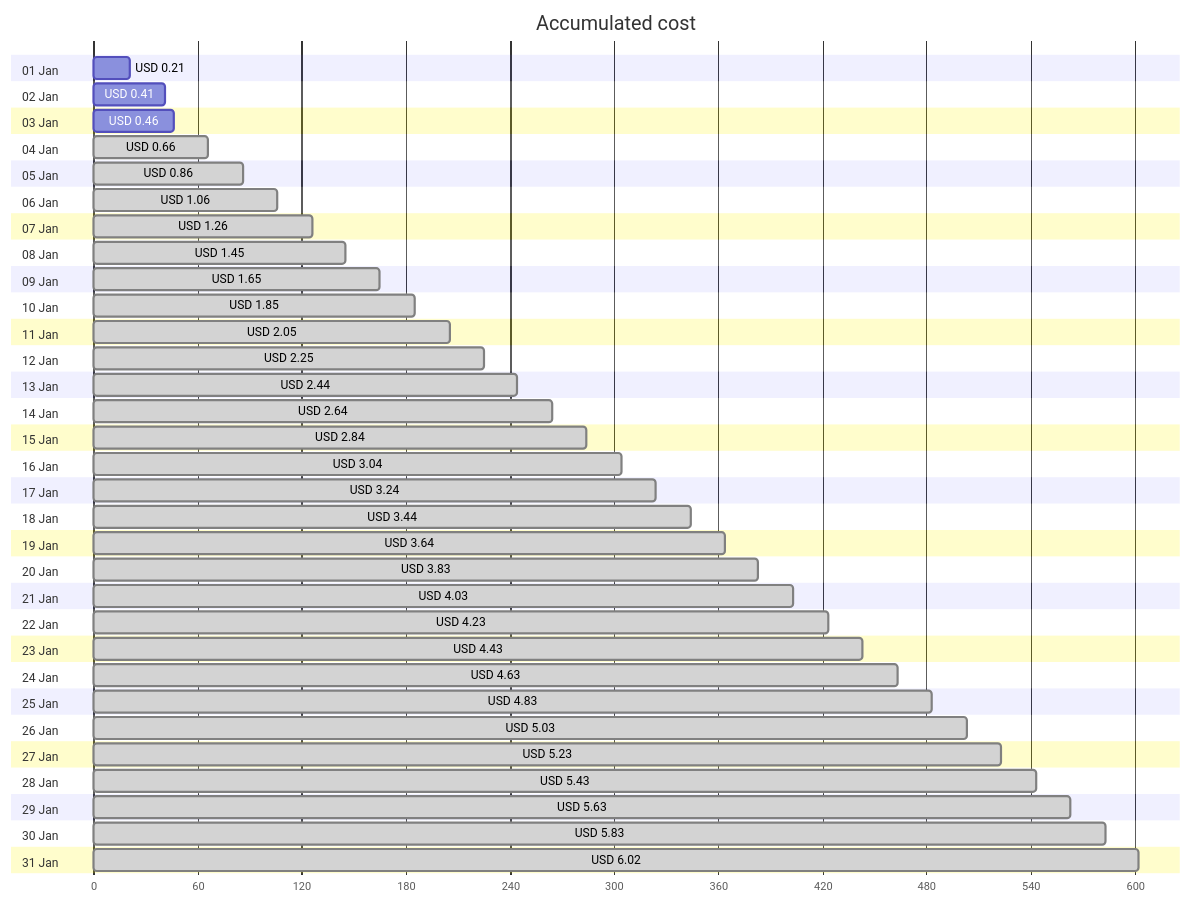
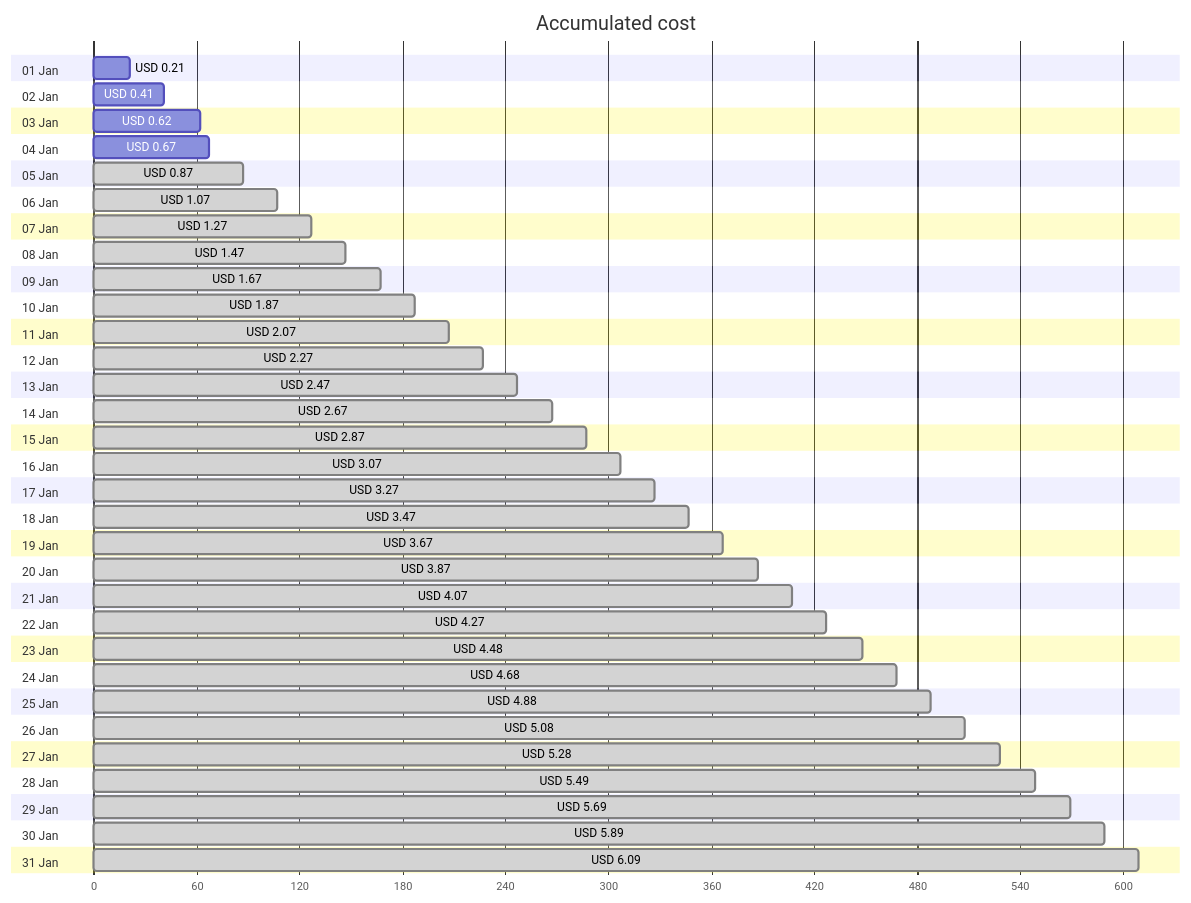
The first of 4 diagrams in cost-reports/personal-network/backup-server.md (jpfulton/azure-personal-reports), drawn with Mermaid before and after one commit. The commit also changed other lines of this file and 8 other files, not shown here.

````diff
--- a/cost-reports/personal-network/backup-server.md
+++ b/cost-reports/personal-network/backup-server.md
@@ -20,68 +20,68 @@
 ```mermaid
 gantt
    title Accumulated cost
    dateFormat  X
    axisFormat %s
    section 01 Jan
    USD 0.21 :0, 21
    section 02 Jan
    USD 0.41 :0, 41
    section 03 Jan
-   USD 0.46 :0, 46
+   USD 0.62 :0, 62
    section 04 Jan
-   USD 0.66 : done, 0, 66
+   USD 0.67 :0, 67
    section 05 Jan
-   USD 0.86 : done, 0, 86
+   USD 0.87 : done, 0, 87
    section 06 Jan
-   USD 1.06 : done, 0, 106
+   USD 1.07 : done, 0, 107
    section 07 Jan
-   USD 1.26 : done, 0, 126
+   USD 1.27 : done, 0, 127
    section 08 Jan
-   USD 1.45 : done, 0, 145
+   USD 1.47 : done, 0, 147
    section 09 Jan
-   USD 1.65 : done, 0, 165
+   USD 1.67 : done, 0, 167
    section 10 Jan
-   USD 1.85 : done, 0, 185
+   USD 1.87 : done, 0, 187
    section 11 Jan
-   USD 2.05 : done, 0, 205
+   USD 2.07 : done, 0, 207
    section 12 Jan
-   USD 2.25 : done, 0, 225
+   USD 2.27 : done, 0, 227
    section 13 Jan
-   USD 2.44 : done, 0, 244
+   USD 2.47 : done, 0, 247
    section 14 Jan
-   USD 2.64 : done, 0, 264
+   USD 2.67 : done, 0, 267
    section 15 Jan
-   USD 2.84 : done, 0, 284
+   USD 2.87 : done, 0, 287
    section 16 Jan
-   USD 3.04 : done, 0, 304
+   USD 3.07 : done, 0, 307
    section 17 Jan
-   USD 3.24 : done, 0, 324
+   USD 3.27 : done, 0, 327
    section 18 Jan
-   USD 3.44 : done, 0, 344
+   USD 3.47 : done, 0, 347
    section 19 Jan
-   USD 3.64 : done, 0, 364
+   USD 3.67 : done, 0, 367
    section 20 Jan
-   USD 3.83 : done, 0, 383
+   USD 3.87 : done, 0, 387
    section 21 Jan
-   USD 4.03 : done, 0, 403
+   USD 4.07 : done, 0, 407
    section 22 Jan
-   USD 4.23 : done, 0, 423
+   USD 4.27 : done, 0, 427
    section 23 Jan
-   USD 4.43 : done, 0, 443
+   USD 4.48 : done, 0, 448
    section 24 Jan
-   USD 4.63 : done, 0, 463
+   USD 4.68 : done, 0, 468
    section 25 Jan
-   USD 4.83 : done, 0, 483
+   USD 4.88 : done, 0, 488
    section 26 Jan
-   USD 5.03 : done, 0, 503
+   USD 5.08 : done, 0, 508
    section 27 Jan
-   USD 5.23 : done, 0, 523
+   USD 5.28 : done, 0, 528
    section 28 Jan
-   USD 5.43 : done, 0, 543
+   USD 5.49 : done, 0, 549
    section 29 Jan
-   USD 5.63 : done, 0, 563
+   USD 5.69 : done, 0, 569
    section 30 Jan
-   USD 5.83 : done, 0, 583
+   USD 5.89 : done, 0, 589
    section 31 Jan
-   USD 6.02 : done, 0, 602
+   USD 6.09 : done, 0, 609
 ```
````
